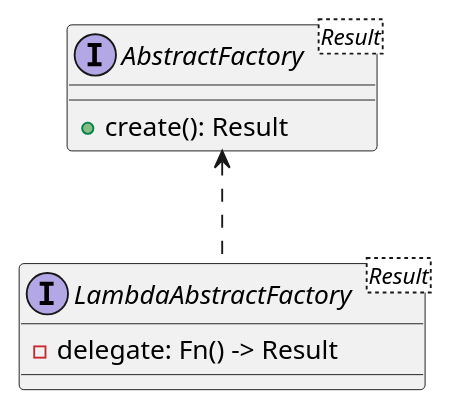
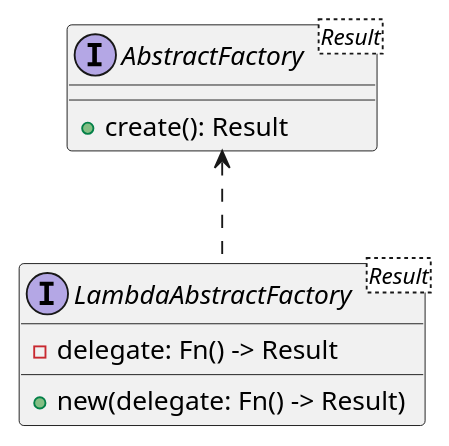
One commit to zwerdlds/roopes changed the diagram in src/abstract_factory/abstract_factory.plantuml. Above: the diagram before and after it, drawn with PlantUML. The commit also changed 14 other files, not shown here.

```diff
--- a/src/abstract_factory/abstract_factory.plantuml
+++ b/src/abstract_factory/abstract_factory.plantuml
@@ -1,13 +1,14 @@
 @startuml "abstract_factory"
 
 interface "AbstractFactory" as fact<Result> {
     {method} + create(): Result
 }
 
 interface "LambdaAbstractFactory" as lbdfact<Result> {
     {field} - delegate: Fn() -> Result
+    {method} + new(delegate: Fn() -> Result)
 }
 
 lbdfact .u.> fact
 
 @enduml
```
